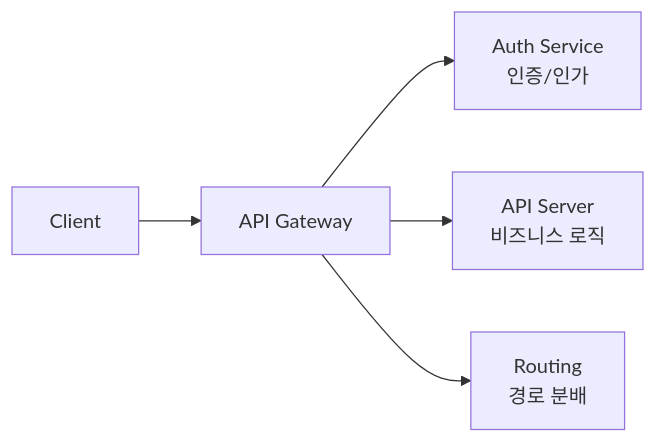
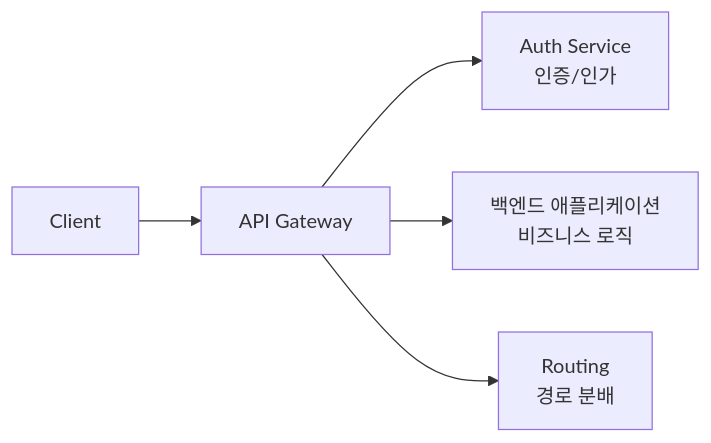
Diagram 16 of 52 in docs/backend.md (lmmj1221/senior_mhealth_lecture), drawn with Mermaid before and after one commit. The commit also changed other lines of this file, not shown here.

````diff
--- a/docs/backend.md
+++ b/docs/backend.md
@@ -596,7 +765,7 @@
 ```mermaid
 graph LR
     A[Client] --> B[API Gateway]
     B --> C[Auth Service<br/>인증/인가]
-    B --> D[API Server<br/>비즈니스 로직]
+    B --> D[백엔드 애플리케이션<br/>비즈니스 로직]
     B --> E[Routing<br/>경로 분배]
 ```
````
